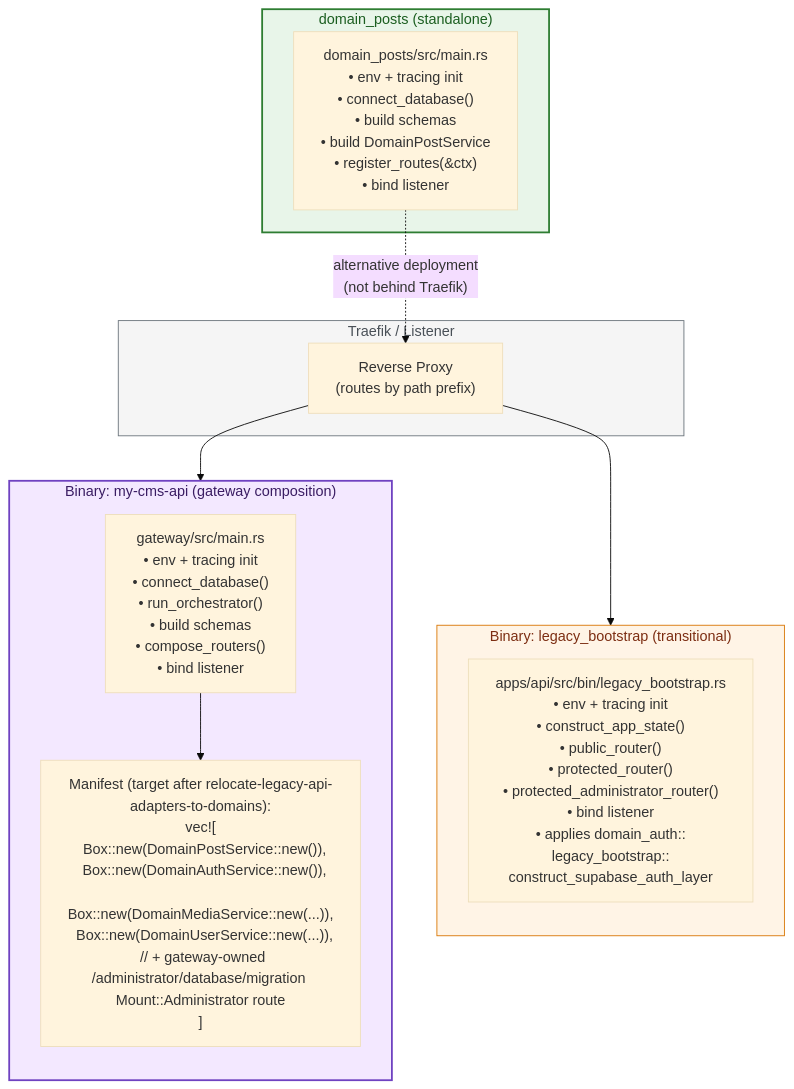
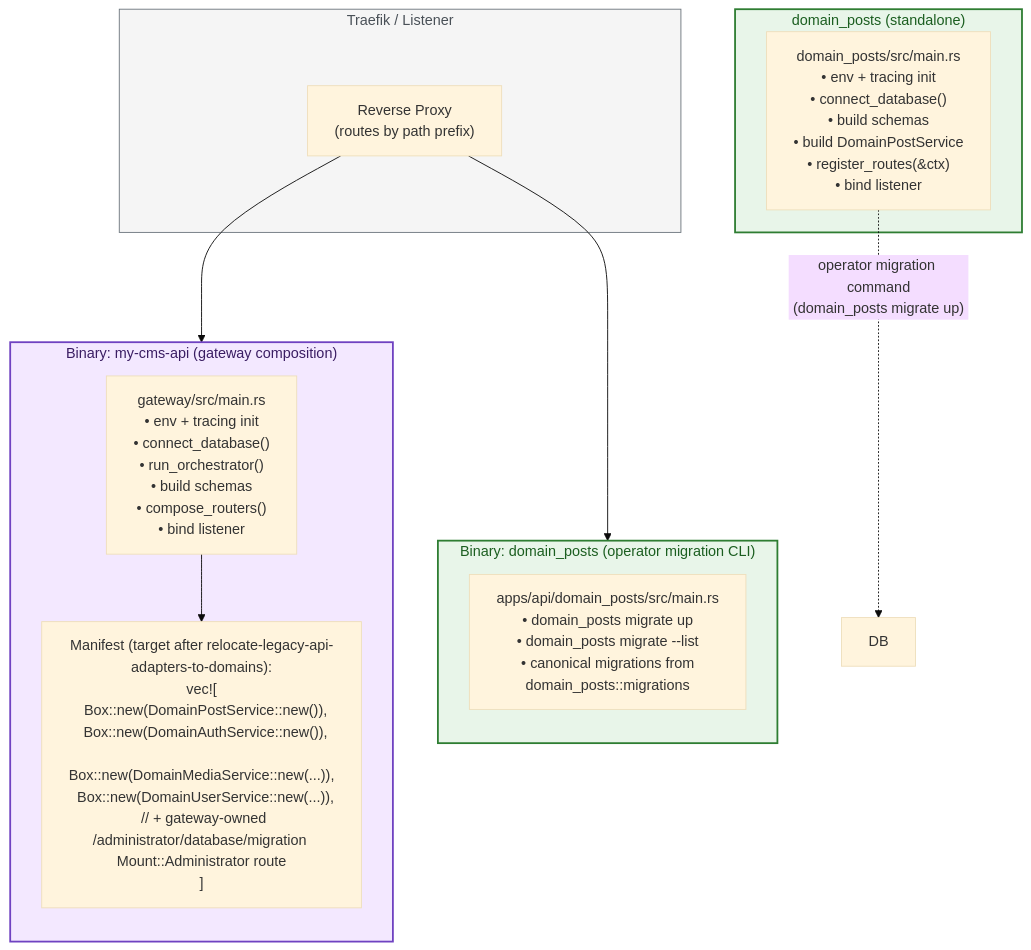
One commit to doitsu2014/my-cms changed the second of 10 diagrams in docs/api-architecture.md. Above: the diagram before and after it, drawn with Mermaid (base theme). The commit also changed other lines of this file and 107 other files, not shown here.

````diff
--- a/docs/api-architecture.md
+++ b/docs/api-architecture.md
@@ -93,36 +83,36 @@
 ```mermaid
 graph TB
     subgraph traefik["Traefik / Listener"]
         LB["Reverse Proxy<br/>(routes by path prefix)"]
     end
 
     subgraph binA["Binary: my-cms-api  (gateway composition)"]
         direction TB
         GA["gateway/src/main.rs<br/>• env + tracing init<br/>• connect_database()<br/>• run_orchestrator()<br/>• build schemas<br/>• compose_routers()<br/>• bind listener"]
         MA["Manifest (target after relocate-legacy-api-adapters-to-domains):<br/>vec![<br/>  Box::new(DomainPostService::new()),<br/>  Box::new(DomainAuthService::new()),<br/>  Box::new(DomainMediaService::new(...)),<br/>  Box::new(DomainUserService::new(...)),<br/>  // + gateway-owned /administrator/database/migration Mount::Administrator route<br/>]"]
         GA --> MA
     end
 
-    subgraph binB["Binary: legacy_bootstrap  (transitional)"]
+    subgraph binB["Binary: domain_posts  (operator migration CLI)"]
         direction TB
-        LA["apps/api/src/bin/legacy_bootstrap.rs<br/>• env + tracing init<br/>• construct_app_state()<br/>• public_router()<br/>• protected_router()<br/>• protected_administrator_router()<br/>• bind listener<br/>• applies domain_auth::<br/>legacy_bootstrap::<br/>construct_supabase_auth_layer"]
+        LA["apps/api/domain_posts/src/main.rs<br/>• domain_posts migrate up<br/>• domain_posts migrate --list<br/>• canonical migrations from<br/>domain_posts::migrations"]
     end
 
     subgraph dp["domain_posts (standalone)"]
         DA["domain_posts/src/main.rs<br/>• env + tracing init<br/>• connect_database()<br/>• build schemas<br/>• build DomainPostService<br/>• register_routes(&ctx)<br/>• bind listener"]
     end
 
     LB --> binA
     LB --> binB
-    DA -. "alternative deployment<br/>(not behind Traefik)" .-> LB
+    DA -. "operator migration command<br/>(domain_posts migrate up)" .-> DB
 
     classDef gateway fill:#f3e8ff,stroke:#6f42c1,stroke-width:2px,color:#3a1d63
     classDef domain fill:#e8f5e9,stroke:#2e7d32,stroke-width:2px,color:#1b5e20
     classDef shim fill:#fff4e6,stroke:#d97706,stroke-width:1px,color:#7c2d12
     classDef lb fill:#f5f5f5,stroke:#6c757d,stroke-width:1px,color:#495057
 
     class binA gateway
     class dp domain
-    class binB shim
+    class binB domain
     class traefik lb
 ```
````
